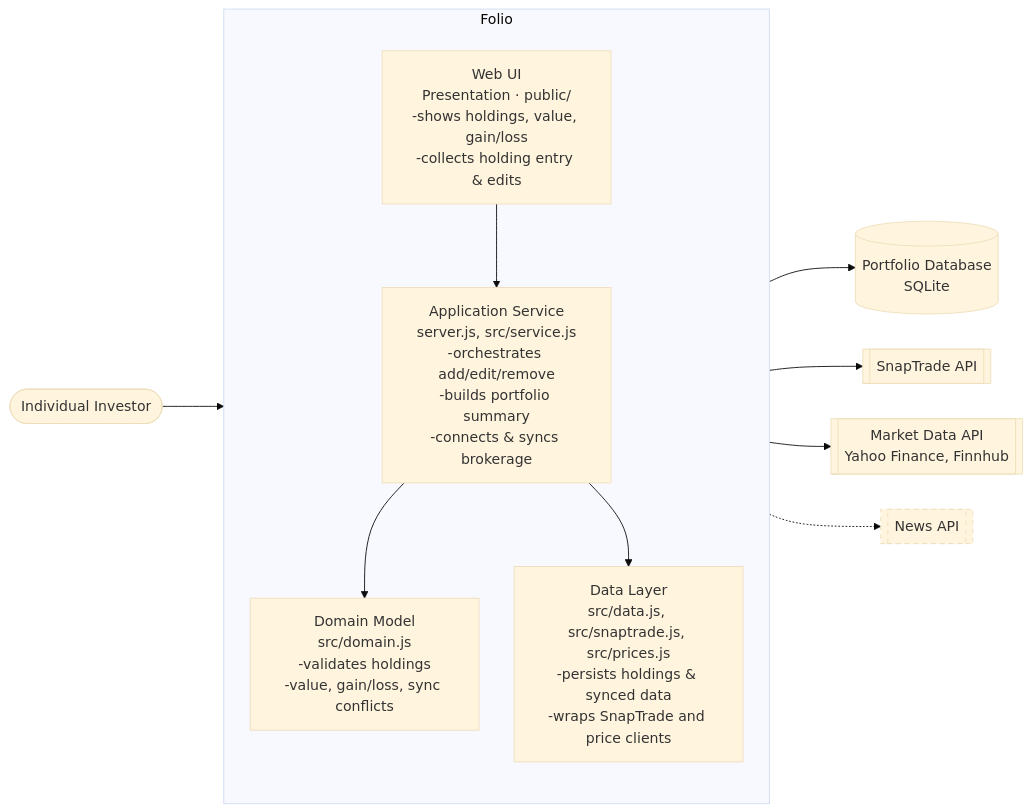
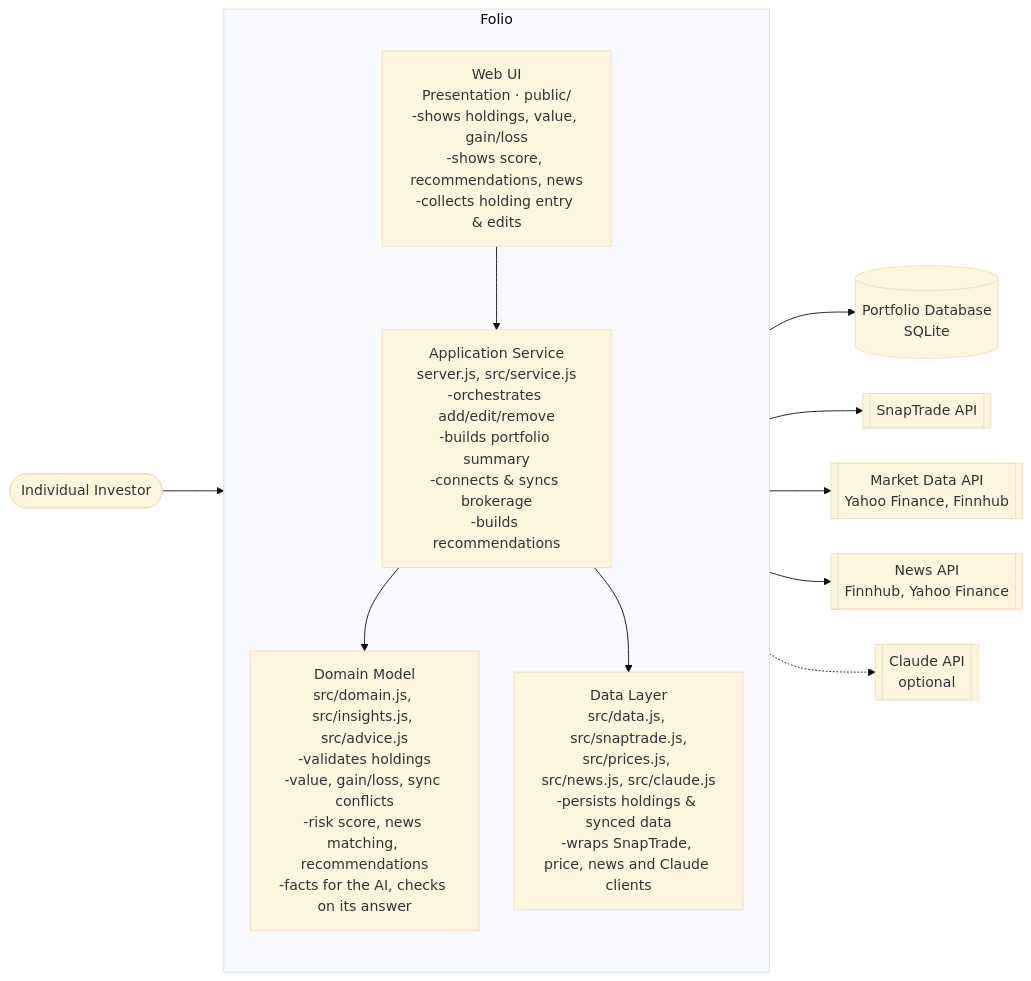
Before and after one commit to dquin144/cen5064-project-quinones: the second of 5 diagrams in README.md, drawn with Mermaid (base theme). The commit also changed other lines of this file and 19 other files, not shown here.

Commit message:
Add recommendations and news (UC4), with Claude-written advice

````diff
--- a/README.md
+++ b/README.md
@@ -126,29 +166,28 @@
 ```mermaid
 %%{init: {'flowchart': {'nodeSpacing': 40, 'rankSpacing': 70, 'curve': 'basis'}}}%%
 flowchart LR
     user([Individual Investor])
 
     subgraph System [Folio]
         direction TB
-        ui[Web UI<br/>Presentation · public/<br/>-shows holdings, value, gain/loss<br/>-collects holding entry & edits]
-        service[Application Service<br/>server.js, src/service.js<br/>-orchestrates add/edit/remove<br/>-builds portfolio summary<br/>-connects & syncs brokerage]
-        domain[Domain Model<br/>src/domain.js<br/>-validates holdings<br/>-value, gain/loss, sync conflicts]
-        data[Data Layer<br/>src/data.js, src/snaptrade.js, src/prices.js<br/>-persists holdings & synced data<br/>-wraps SnapTrade and price clients]
+        ui[Web UI<br/>Presentation · public/<br/>-shows holdings, value, gain/loss<br/>-shows score, recommendations, news<br/>-collects holding entry & edits]
+        service[Application Service<br/>server.js, src/service.js<br/>-orchestrates add/edit/remove<br/>-builds portfolio summary<br/>-connects & syncs brokerage<br/>-builds recommendations]
+        domain[Domain Model<br/>src/domain.js, src/insights.js, src/advice.js<br/>-validates holdings<br/>-value, gain/loss, sync conflicts<br/>-risk score, news matching, recommendations<br/>-facts for the AI, checks on its answer]
+        data[Data Layer<br/>src/data.js, src/snaptrade.js,<br/>src/prices.js, src/news.js, src/claude.js<br/>-persists holdings & synced data<br/>-wraps SnapTrade, price, news and Claude clients]
         ui --> service --> domain
         service --> data
     end
 
     db[(Portfolio Database<br/>SQLite)]
     snaptrade[[SnapTrade API]]
     market[[Market Data API<br/>Yahoo Finance, Finnhub]]
-    news[[News API]]
+    news[[News API<br/>Finnhub, Yahoo Finance]]
+    llm[[Claude API<br/>optional]]
 
     user --> ui
     data --> db
     data --> snaptrade
     data --> market
-    data -.-> news
-
-    classDef planned stroke-dasharray: 5 5
-    class news planned
+    data --> news
+    data -.-> llm
 ```
````
